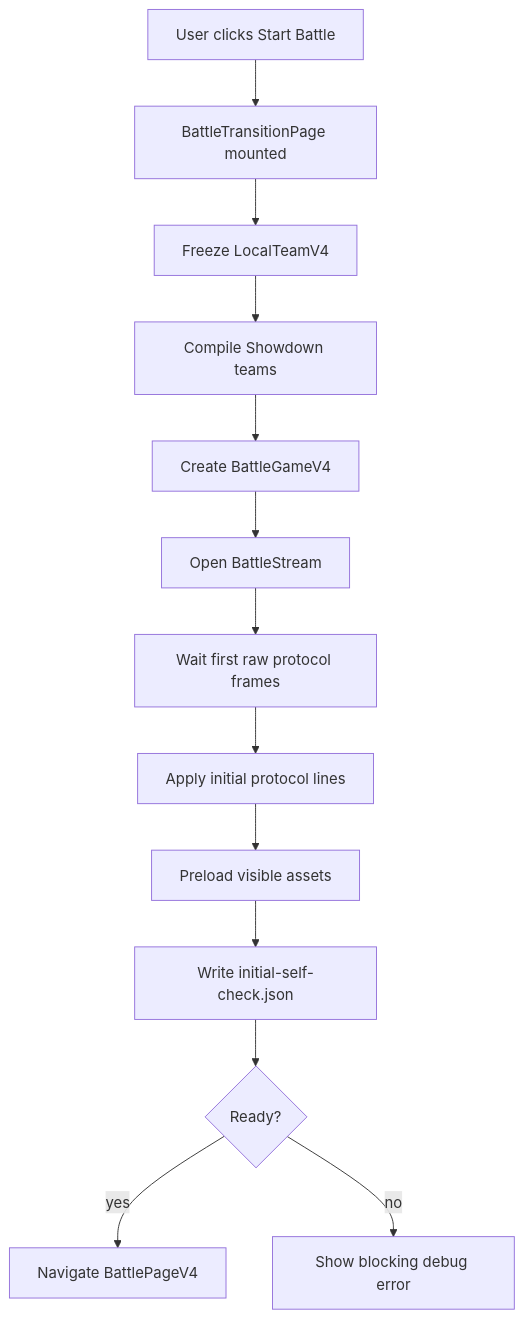
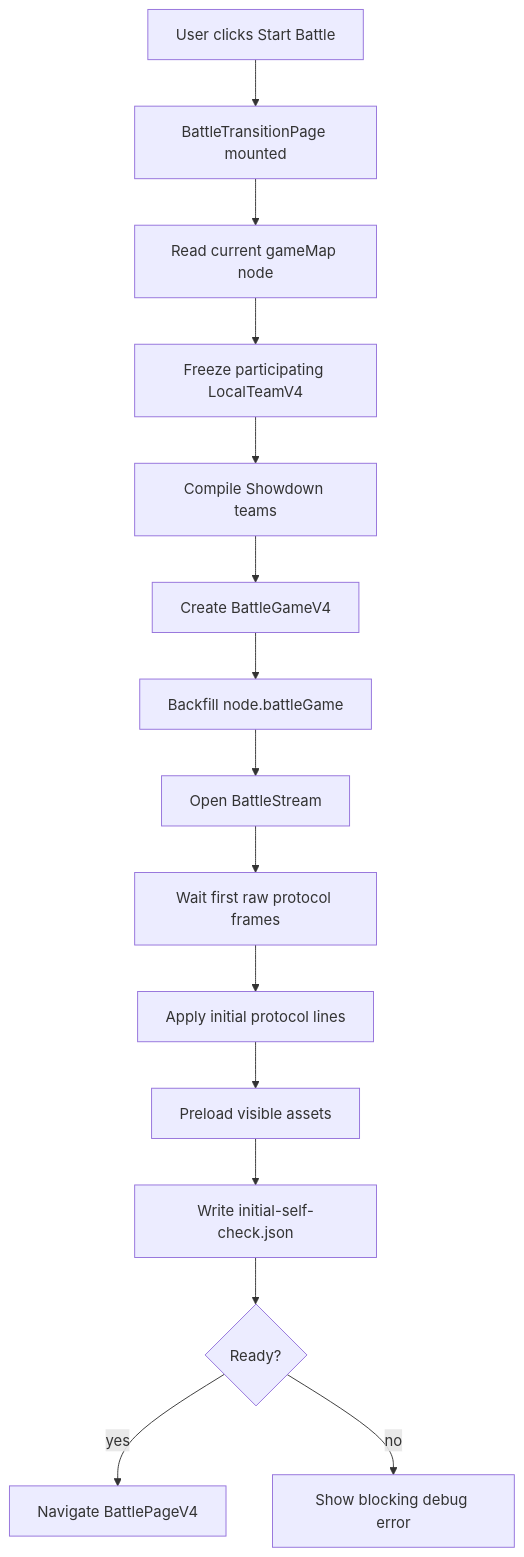
One commit to AlexQFMM2/changeBattle changed the first of 6 diagrams in plan/battle-v4-architecture-plan.md. Above: the diagram before and after it, drawn with Mermaid. The commit also changed other lines of this file and 759 other files, not shown here.

Commit message:
feat(battle): add training battle service flow

````diff
--- a/plan/battle-v4-architecture-plan.md
+++ b/plan/battle-v4-architecture-plan.md
@@ -693,15 +886,17 @@
 ```mermaid
 flowchart TD
   A[User clicks Start Battle] --> B[BattleTransitionPage mounted]
-  B --> C[Freeze LocalTeamV4]
-  C --> D[Compile Showdown teams]
-  D --> E[Create BattleGameV4]
-  E --> F[Open BattleStream]
-  F --> G[Wait first raw protocol frames]
-  G --> H[Apply initial protocol lines]
-  H --> I[Preload visible assets]
-  I --> J[Write initial-self-check.json]
-  J --> K{Ready?}
-  K -->|yes| L[Navigate BattlePageV4]
-  K -->|no| M[Show blocking debug error]
+  B --> C[Read current gameMap node]
+  C --> D[Freeze participating LocalTeamV4]
+  D --> E[Compile Showdown teams]
+  E --> F[Create BattleGameV4]
+  F --> G[Backfill node.battleGame]
+  G --> H[Open BattleStream]
+  H --> I[Wait first raw protocol frames]
+  I --> J[Apply initial protocol lines]
+  J --> K[Preload visible assets]
+  K --> L[Write initial-self-check.json]
+  L --> M{Ready?}
+  M -->|yes| N[Navigate BattlePageV4]
+  M -->|no| O[Show blocking debug error]
 ```
````
